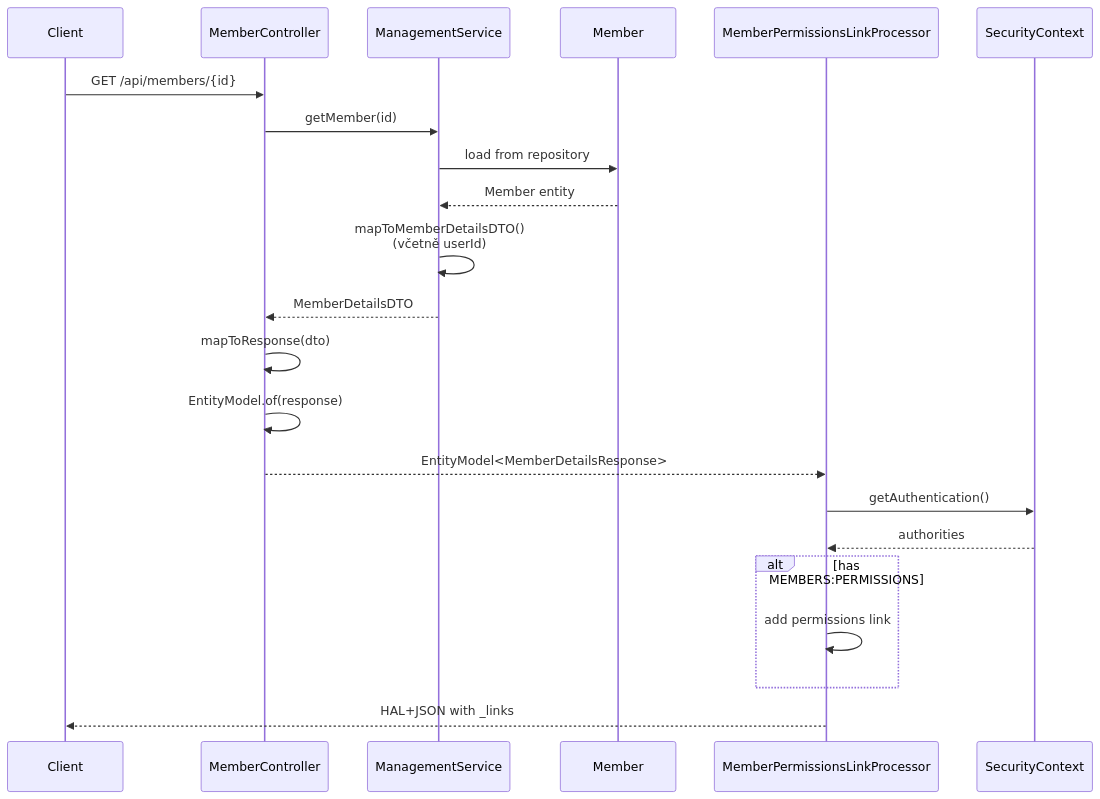
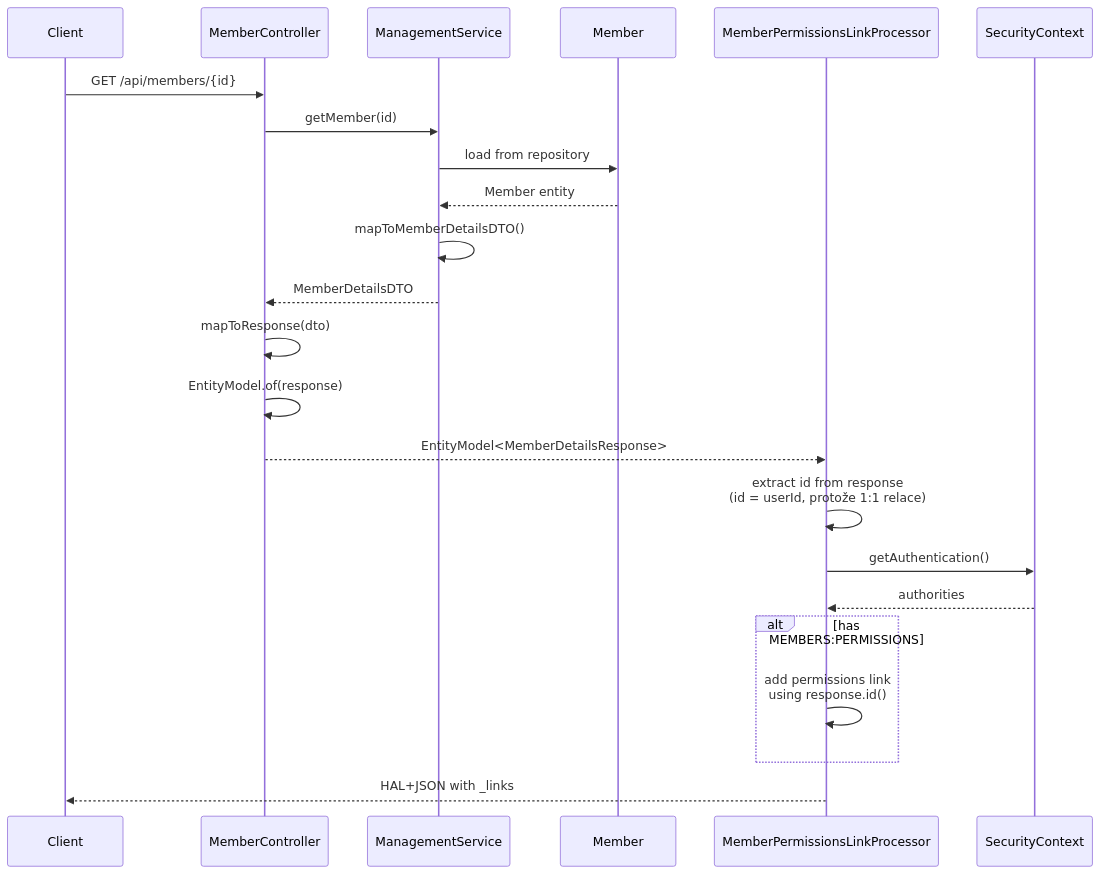
Before and after one commit to zabiny/klabis: the diagram in openspec/changes/add-permissions-link-to-member-detail/design.md, drawn with Mermaid. The commit also changed other lines of this file and 3 other files, not shown here.

Commit message:
docs(member-management): drop redundant userId field and use existing id for permissions link in tasks, specs, design, and proposal.

````diff
--- a/openspec/changes/add-permissions-link-to-member-detail/design.md
+++ b/openspec/changes/add-permissions-link-to-member-detail/design.md
@@ -155,25 +156,26 @@
 ```mermaid
 sequenceDiagram
     participant Client
     participant MemberController
     participant ManagementService
     participant Member
     participant Processor as MemberPermissionsLinkProcessor
     participant Security as SecurityContext
 
     Client->>MemberController: GET /api/members/{id}
     MemberController->>ManagementService: getMember(id)
     ManagementService->>Member: load from repository
     Member-->>ManagementService: Member entity
-    ManagementService->>ManagementService: mapToMemberDetailsDTO()<br/>(včetně userId)
+    ManagementService->>ManagementService: mapToMemberDetailsDTO()
     ManagementService-->>MemberController: MemberDetailsDTO
     MemberController->>MemberController: mapToResponse(dto)
     MemberController->>MemberController: EntityModel.of(response)
     MemberController-->>Processor: EntityModel<MemberDetailsResponse>
+    Processor->>Processor: extract id from response<br/>(id = userId, protože 1:1 relace)
     Processor->>Security: getAuthentication()
     Security-->>Processor: authorities
     alt has MEMBERS:PERMISSIONS
-        Processor->>Processor: add permissions link
+        Processor->>Processor: add permissions link<br/>using response.id()
     end
     Processor-->>Client: HAL+JSON with _links
 ```
````
